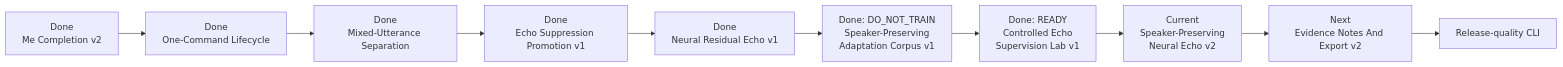
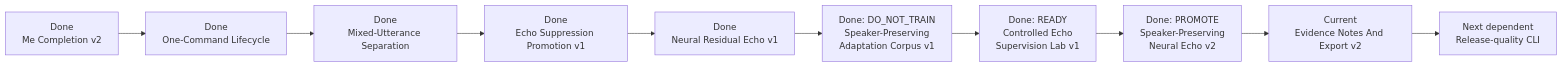
Before and after one commit to asukhodko/murmurmark: the second of 4 diagrams in docs/roadmap/murmurmark-cli-roadmap.md, drawn with Mermaid. The commit also changed other lines of this file and 130 other files, not shown here.

Commit message:
feat: promote speaker-preserving pre-asr echo

````diff
--- a/docs/roadmap/murmurmark-cli-roadmap.md
+++ b/docs/roadmap/murmurmark-cli-roadmap.md
@@ -116,15 +122,15 @@
 ```mermaid
 flowchart LR
     P["Done<br/>Me Completion v2"]
     L["Done<br/>One-Command Lifecycle"]
     A["Done<br/>Mixed-Utterance Separation"]
     B["Done<br/>Echo Suppression Promotion v1"]
     N["Done<br/>Neural Residual Echo v1"]
     S["Done: DO_NOT_TRAIN<br/>Speaker-Preserving<br/>Adaptation Corpus v1"]
     C["Done: READY<br/>Controlled Echo<br/>Supervision Lab v1"]
-    E["Current<br/>Speaker-Preserving<br/>Neural Echo v2"]
-    H["Next<br/>Evidence Notes And Export v2"]
-    D["Release-quality CLI"]
+    E["Done: PROMOTE<br/>Speaker-Preserving<br/>Neural Echo v2"]
+    H["Current<br/>Evidence Notes And Export v2"]
+    D["Next dependent<br/>Release-quality CLI"]
 
     P --> L --> A --> B --> N --> S --> C --> E --> H --> D
 ```
````
